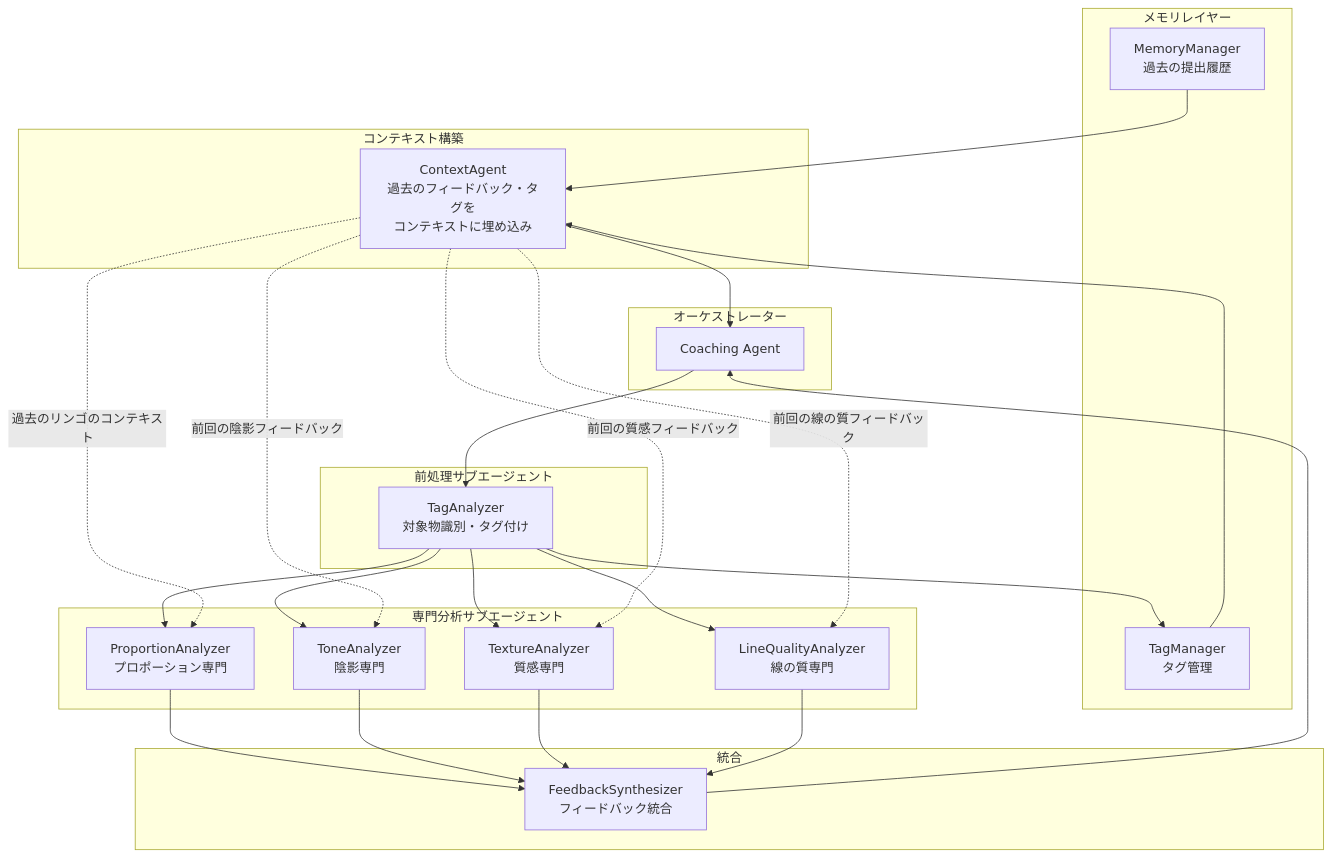
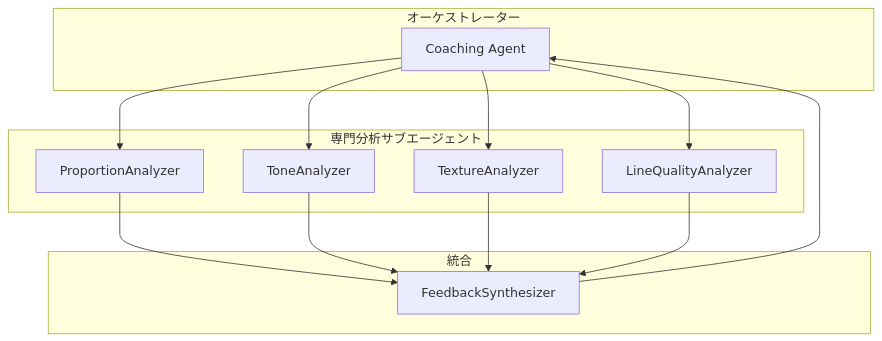
Before and after one commit to nuance-sudo/drawing-practice-agent-gch4: the sixth of 6 diagrams in docs/functional-design.md, drawn with Mermaid. The commit also changed other lines of this file and 13 other files, not shown here.

````diff
--- a/docs/functional-design.md
+++ b/docs/functional-design.md
@@ -602,49 +715,27 @@
 ```mermaid
 flowchart TB
-    subgraph Memory["メモリレイヤー"]
-        M1[MemoryManager<br/>過去の提出履歴]
-        M2[TagManager<br/>タグ管理]
-    end
-    
-    subgraph ContextBuilder["コンテキスト構築"]
-        CB[ContextAgent<br/>過去のフィードバック・タグを<br/>コンテキストに埋め込み]
-    end
-    
     subgraph Orchestrator["オーケストレーター"]
         A[Coaching Agent]
     end
     
-    subgraph PreProcess["前処理サブエージェント"]
-        T[TagAnalyzer<br/>対象物識別・タグ付け]
-    end
-    
     subgraph SubAgents["専門分析サブエージェント"]
-        B[ProportionAnalyzer<br/>プロポーション専門]
-        C[ToneAnalyzer<br/>陰影専門]
-        D[TextureAnalyzer<br/>質感専門]
-        E[LineQualityAnalyzer<br/>線の質専門]
+        B[ProportionAnalyzer]
+        C[ToneAnalyzer]
+        D[TextureAnalyzer]
+        E[LineQualityAnalyzer]
     end
     
     subgraph Synthesizer["統合"]
-        F[FeedbackSynthesizer<br/>フィードバック統合]
+        F[FeedbackSynthesizer]
     end
     
-    M1 --> CB
-    M2 --> CB
-    CB --> A
-    A --> T
-    T --> M2
-    T --> B
-    T --> C
-    T --> D
-    T --> E
-    CB -.->|過去のリンゴのコンテキスト| B
-    CB -.->|前回の陰影フィードバック| C
-    CB -.->|前回の質感フィードバック| D
-    CB -.->|前回の線の質フィードバック| E
+    A --> B
+    A --> C
+    A --> D
+    A --> E
     B --> F
     C --> F
     D --> F
     E --> F
     F --> A
 ```
````
